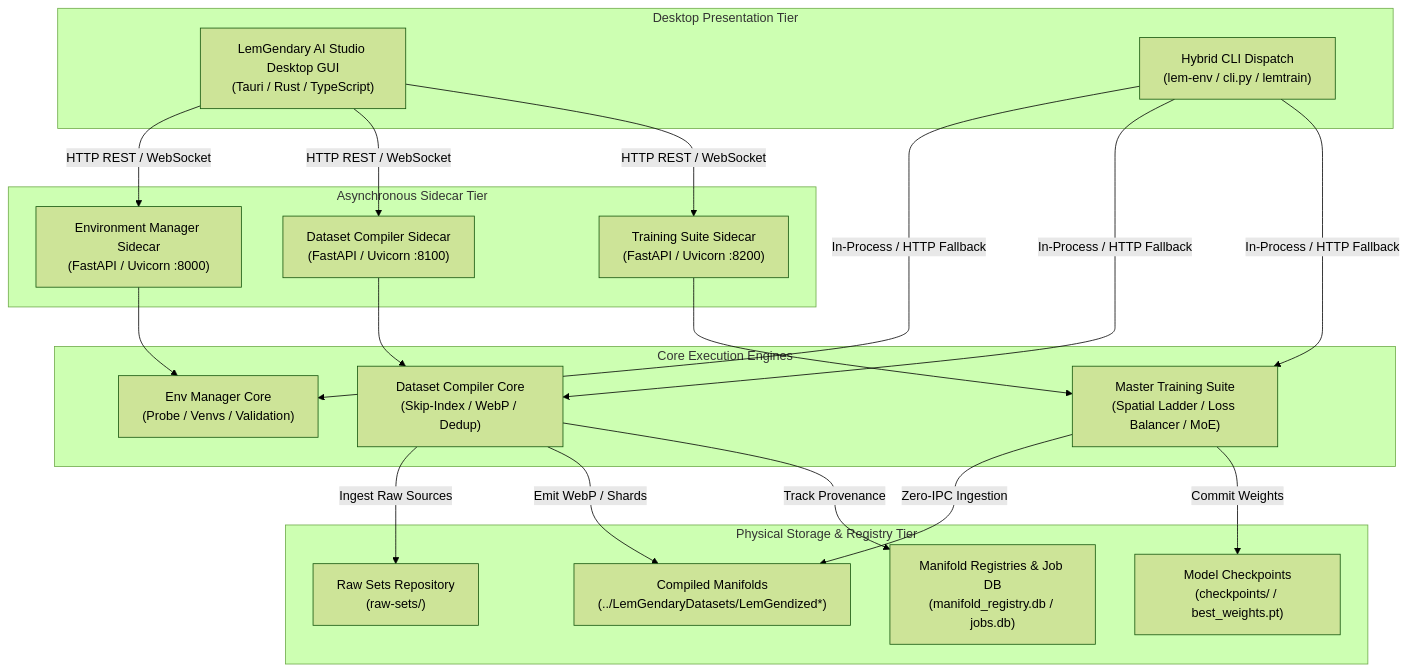
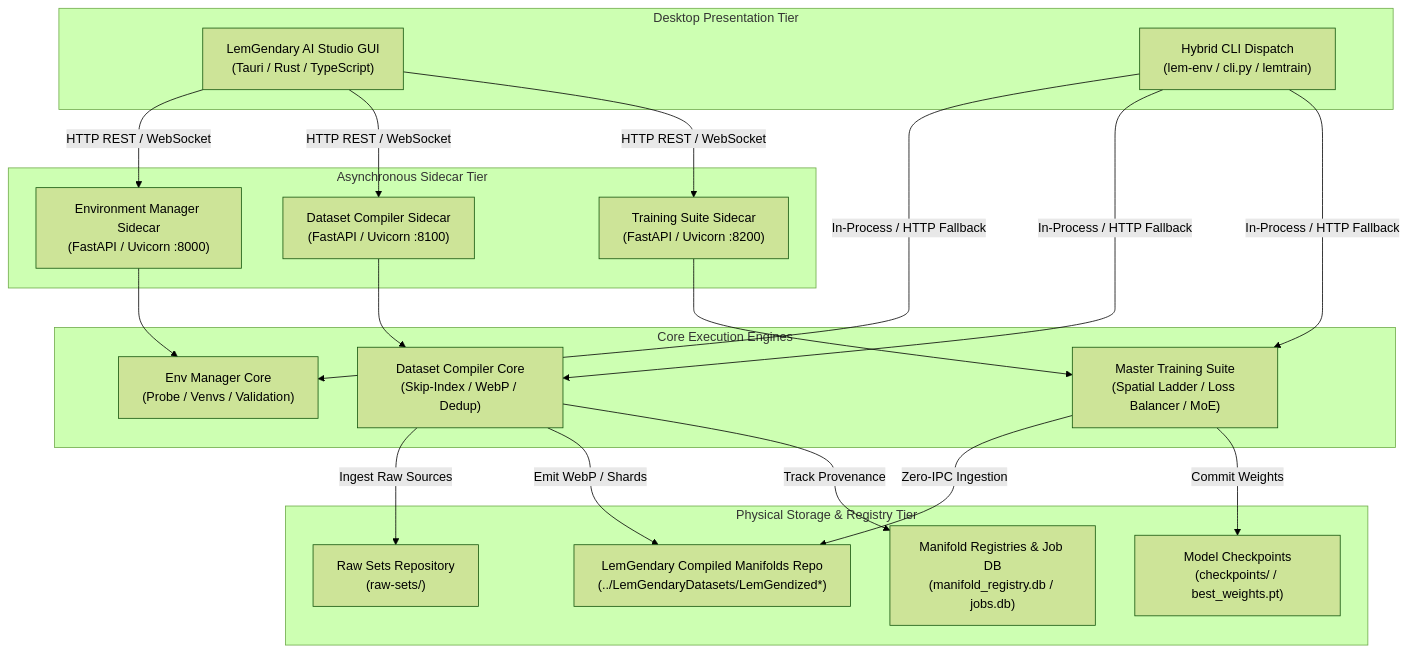
One commit to lemgenda/ai-training-whitepapers changed the diagram in MD-Papers/ECOSYSTEM_ARCHITECTURE.md. Above: the diagram before and after it, drawn with Mermaid (forest theme). The commit also changed other lines of this file and 94 other files, not shown here.

````diff
--- a/MD-Papers/ECOSYSTEM_ARCHITECTURE.md
+++ b/MD-Papers/ECOSYSTEM_ARCHITECTURE.md
@@ -57,44 +57,44 @@
 ```mermaid
 graph TD
     subgraph UI ["Desktop Presentation Tier"]
-        GUI["LemGendary AI Studio Desktop GUI<br/>(Tauri / Rust / TypeScript)"]
+        GUI["LemGendary AI Studio GUI<br/>(Tauri / Rust / TypeScript)"]
         CLI["Hybrid CLI Dispatch<br/>(lem-env / cli.py / lemtrain)"]
     end
 
     subgraph Sidecars ["Asynchronous Sidecar Tier"]
         ENV_API["Environment Manager Sidecar<br/>(FastAPI / Uvicorn :8000)"]
         COMP_API["Dataset Compiler Sidecar<br/>(FastAPI / Uvicorn :8100)"]
         TRAIN_API["Training Suite Sidecar<br/>(FastAPI / Uvicorn :8200)"]
     end
 
     subgraph Engines ["Core Execution Engines"]
         ENV_ENG["Env Manager Core<br/>(Probe / Venvs / Validation)"]
         COMP_ENG["Dataset Compiler Core<br/>(Skip-Index / WebP / Dedup)"]
         TRAIN_ENG["Master Training Suite<br/>(Spatial Ladder / Loss Balancer / MoE)"]
     end
 
     subgraph Storage ["Physical Storage & Registry Tier"]
         RAW["Raw Sets Repository<br/>(raw-sets/)"]
-        MANIFOLDS["Compiled Manifolds<br/>(../LemGendaryDatasets/LemGendized*)"]
+        MANIFOLDS["LemGendary Compiled Manifolds Repo<br/>(../LemGendaryDatasets/LemGendized*)"]
         DB["Manifold Registries & Job DB<br/>(manifold_registry.db / jobs.db)"]
         WEIGHTS["Model Checkpoints<br/>(checkpoints/ / best_weights.pt)"]
     end
 
     GUI -->|HTTP REST / WebSocket| ENV_API
     GUI -->|HTTP REST / WebSocket| COMP_API
     GUI -->|HTTP REST / WebSocket| TRAIN_API
     CLI -->|In-Process / HTTP Fallback| ENV_ENG
     CLI -->|In-Process / HTTP Fallback| COMP_ENG
     CLI -->|In-Process / HTTP Fallback| TRAIN_ENG
 
     ENV_API --> ENV_ENG
     COMP_API --> COMP_ENG
     TRAIN_API --> TRAIN_ENG
 
     COMP_ENG -->|Ingest Raw Sources| RAW
     COMP_ENG -->|Emit WebP / Shards| MANIFOLDS
     COMP_ENG -->|Track Provenance| DB
 
     TRAIN_ENG -->|Zero-IPC Ingestion| MANIFOLDS
     TRAIN_ENG -->|Commit Weights| WEIGHTS
 ```
````
